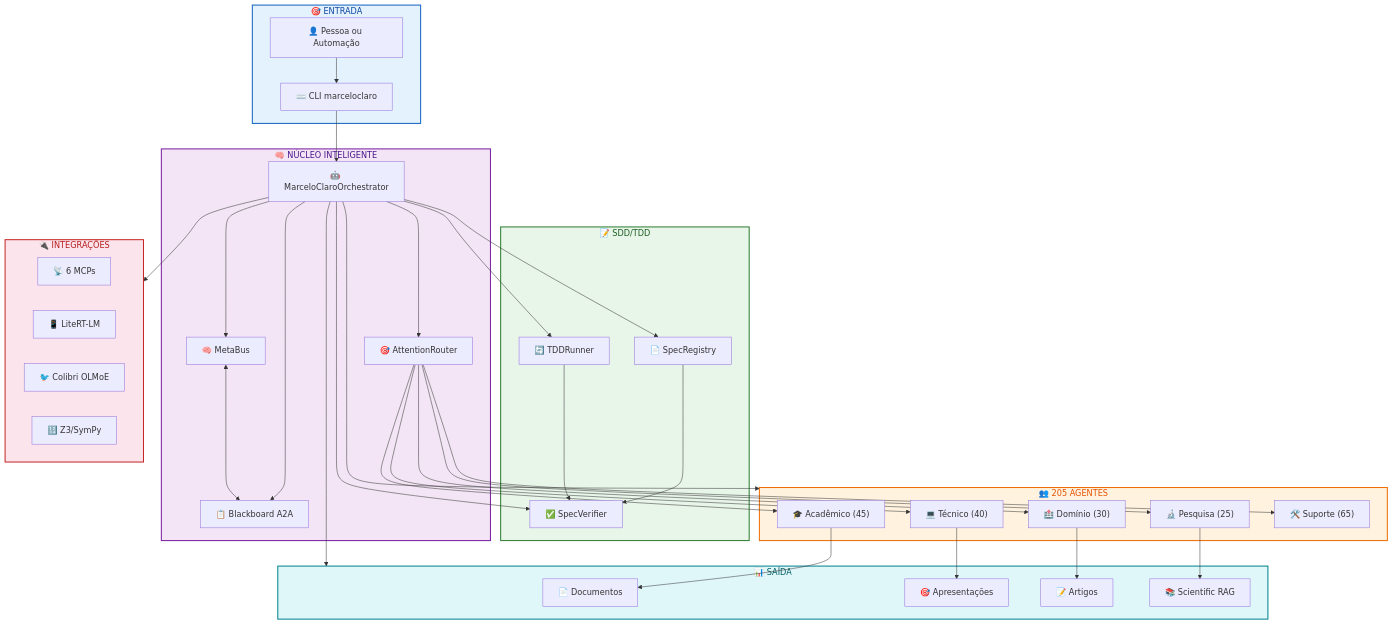
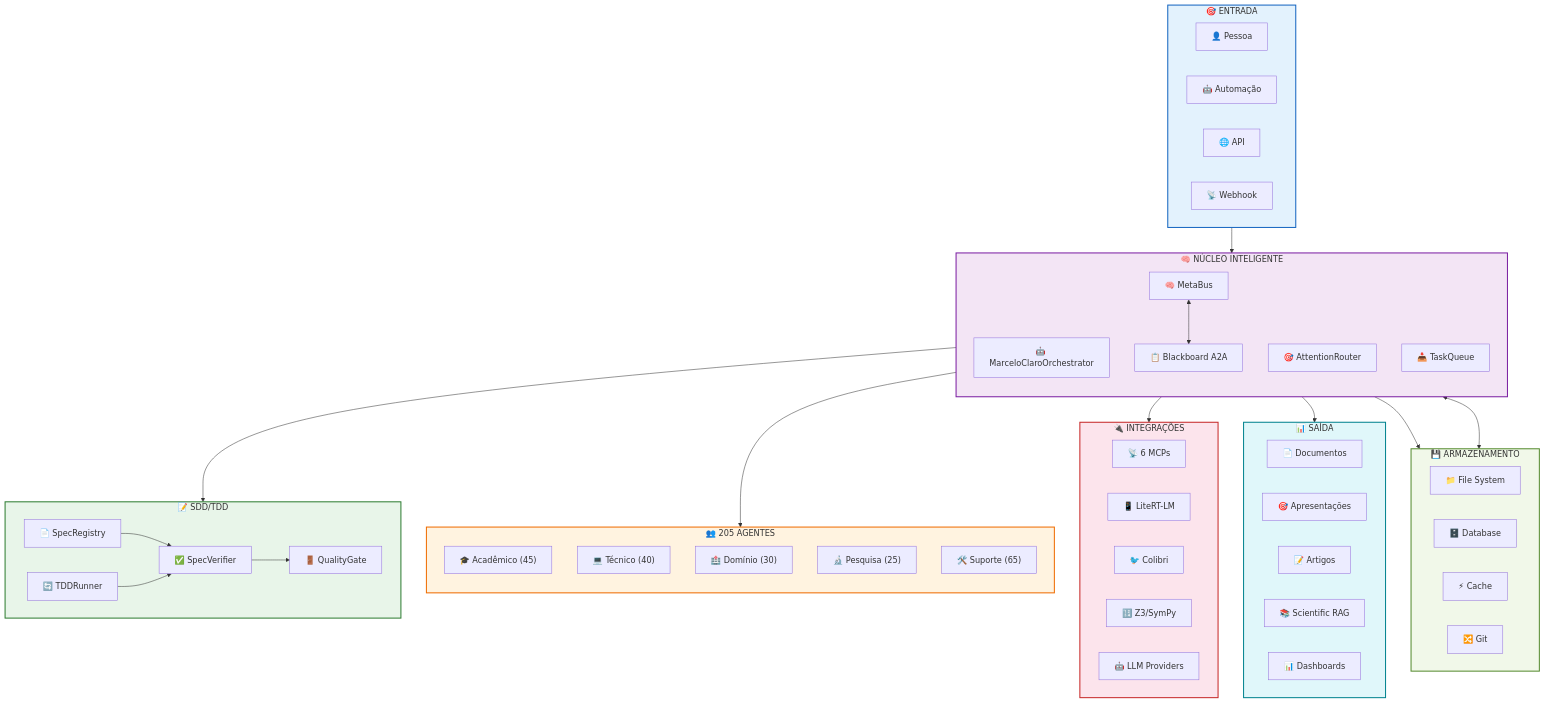
The second of 22 diagrams in README.md (MarceloClaro/opencode-ecosystem-core), drawn with Mermaid before and after one commit. The commit also changed other lines of this file, not shown here.

````diff
--- a/README.md
+++ b/README.md
@@ -124,24 +199,32 @@
 ```mermaid
 flowchart TB
     subgraph ENTRADA ["🎯 ENTRADA"]
-        USER["👤 Pessoa ou Automação"]
-        CLI["⌨️ CLI marceloclaro"]
+        direction LR
+        USER["👤 Pessoa"]
+        AUTO["🤖 Automação"]
+        API["🌐 API"]
+        WEBHOOK["📡 Webhook"]
     end
 
     subgraph NUCLEO ["🧠 NÚCLEO INTELIGENTE"]
+        direction TB
         ORQ["🤖 MarceloClaroOrchestrator"]
         ATT["🎯 AttentionRouter"]
         META["🧠 MetaBus"]
         BB["📋 Blackboard A2A"]
+        QUEUE["📥 TaskQueue"]
     end
 
     subgraph SDD ["📝 SDD/TDD"]
+        direction LR
         SPEC["📄 SpecRegistry"]
         VER["✅ SpecVerifier"]
         TDD["🔄 TDDRunner"]
+        GATE["🚪 QualityGate"]
     end
 
     subgraph AGENTES ["👥 205 AGENTES"]
+        direction TB
         ACAD["🎓 Acadêmico (45)"]
         TECH["💻 Técnico (40)"]
         DOMAIN["🏥 Domínio (30)"]
@@ -150,50 +233,49 @@
     end
 
     subgraph INTEGRACOES ["🔌 INTEGRAÇÕES"]
+        direction LR
         MCP["📡 6 MCPs"]
         LITERT["📱 LiteRT-LM"]
-        COLIBRI["🐦 Colibri OLMoE"]
+        COLIBRI["🐦 Colibri"]
         Z3["🔢 Z3/SymPy"]
+        LLM["🤖 LLM Providers"]
     end
 
     subgraph SAIDA ["📊 SAÍDA"]
+        direction LR
         DOC["📄 Documentos"]
         PRES["🎯 Apresentações"]
         PAPER["📝 Artigos"]
         RAG["📚 Scientific RAG"]
+        DASHBOARD["📊 Dashboards"]
     end
 
-    USER --> CLI
-    CLI --> ORQ
-    ORQ --> ATT
-    ORQ --> META
-    ORQ --> BB
-    ORQ --> SPEC
-    ORQ --> VER
-    ORQ --> TDD
-    ORQ --> AGENTES
-    ORQ --> INTEGRACOES
-    ORQ --> SAIDA
+    subgraph ARMAZENAMENTO ["💾 ARMAZENAMENTO"]
+        direction LR
+        FS["📁 File System"]
+        DB["🗄️ Database"]
+        CACHE["⚡ Cache"]
+        GIT["🔀 Git"]
+    end
+
+    ENTRADA --> NUCLEO
+    NUCLEO --> SDD
+    NUCLEO --> AGENTES
+    NUCLEO --> INTEGRACOES
+    NUCLEO --> SAIDA
+    NUCLEO --> ARMAZENAMENTO
 
     META <--> BB
+    META <--> ARMAZENAMENTO
     SPEC --> VER
     TDD --> VER
+    VER --> GATE
 
-    ATT --> ACAD
-    ATT --> TECH
-    ATT --> DOMAIN
-    ATT --> RESEARCH
-    ATT --> SUPPORT
-
-    ACAD --> DOC
-    TECH --> PRES
-    DOMAIN --> PAPER
-    RESEARCH --> RAG
-
-    style ENTRADA fill:#e3f2fd,stroke:#1565c0,stroke-width:2px,color:#0d47a1
-    style NUCLEO fill:#f3e5f5,stroke:#7b1fa2,stroke-width:2px,color:#4a148c
-    style SDD fill:#e8f5e9,stroke:#2e7d32,stroke-width:2px,color:#1b5e20
-    style AGENTES fill:#fff3e0,stroke:#ef6c00,stroke-width:2px,color:#e65100
-    style INTEGRACOES fill:#fce4ec,stroke:#c62828,stroke-width:2px,color:#b71c1c
-    style SAIDA fill:#e0f7fa,stroke:#00838f,stroke-width:2px,color:#006064
+    style ENTRADA fill:#e3f2fd,stroke:#1565c0,stroke-width:2px
+    style NUCLEO fill:#f3e5f5,stroke:#7b1fa2,stroke-width:2px
+    style SDD fill:#e8f5e9,stroke:#2e7d32,stroke-width:2px
+    style AGENTES fill:#fff3e0,stroke:#ef6c00,stroke-width:2px
+    style INTEGRACOES fill:#fce4ec,stroke:#c62828,stroke-width:2px
+    style SAIDA fill:#e0f7fa,stroke:#00838f,stroke-width:2px
+    style ARMAZENAMENTO fill:#f1f8e9,stroke:#558b2f,stroke-width:2px
 ```
````
